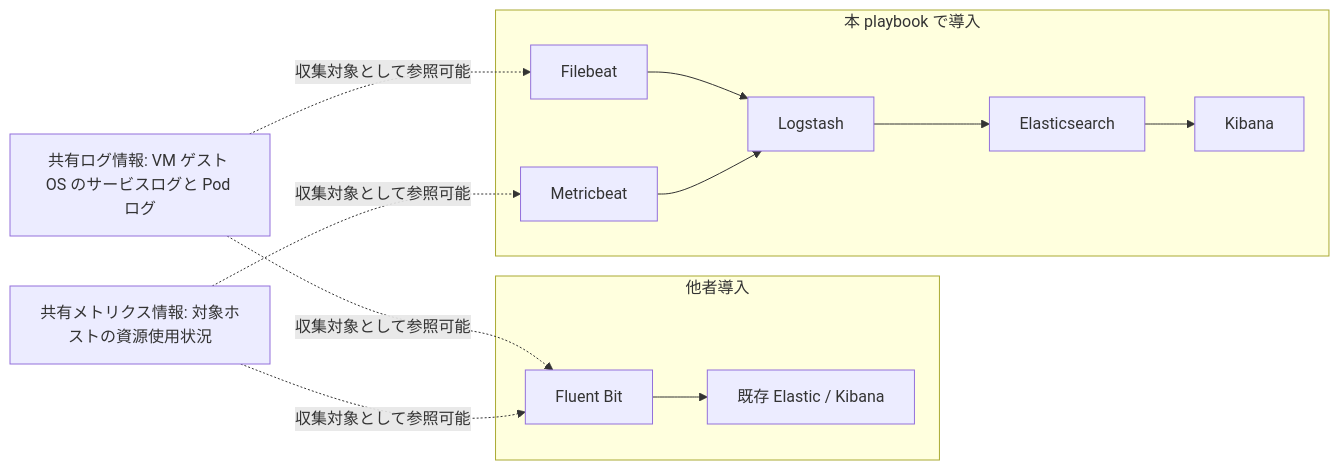
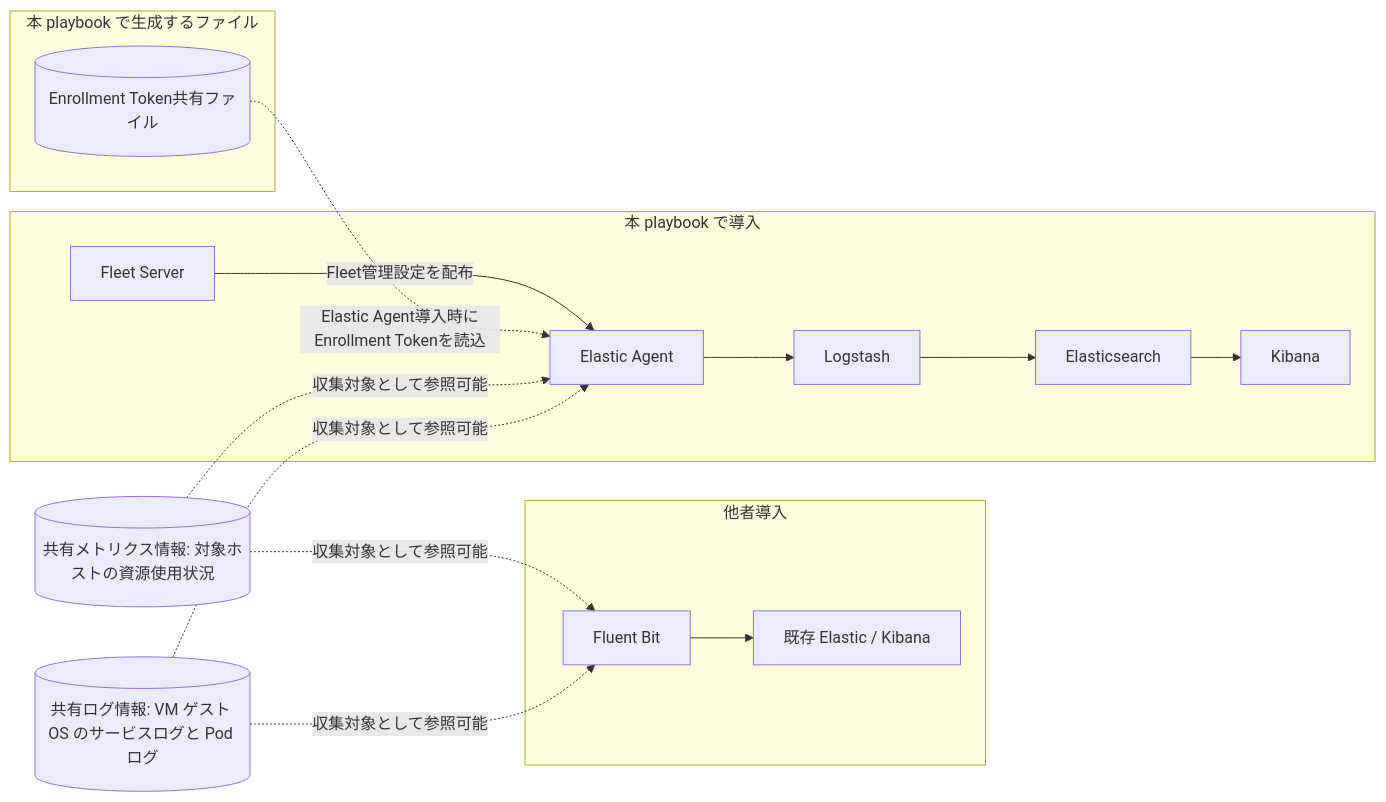
The first of 2 diagrams in roles/elasticsearch/Readme.md (takeharukato/ansible-linux-setup), drawn with Mermaid before and after one commit. The commit also changed other lines of this file and 222 other files, not shown here.

Commit message:
修正概要: Elastic Stack関連ロールの構成を, elasticsearch, fleet-server, kibana, logstash, fleet-bootstrap, docker-network-elastic-stack, elastic-agentロールから構成するよう修正。

````diff
--- a/roles/elasticsearch/Readme.md
+++ b/roles/elasticsearch/Readme.md
@@ -169,28 +201,33 @@
 ```mermaid
 flowchart LR
-  LOG_SRC[共有ログ情報: VM ゲスト OS のサービスログと Pod ログ]
-  METRIC_SRC[共有メトリクス情報: 対象ホストの資源使用状況]
+  LOG_SRC[(共有ログ情報: VM ゲスト OS のサービスログと Pod ログ)]
+  METRIC_SRC[(共有メトリクス情報: 対象ホストの資源使用状況)]
 
   subgraph other[他者導入]
     FBIT[Fluent Bit]
     EOLD[既存 Elastic / Kibana]
   end
 
   subgraph this[本 playbook で導入]
     ES[Elasticsearch]
     KB[Kibana]
     LS[Logstash]
-    FB[Filebeat]
-    MB[Metricbeat]
+    FS[Fleet Server]
+    COL[Elastic Agent]
   end
 
-  LOG_SRC -. 収集対象として参照可能 .-> FB
+  subgraph files[本 playbook で生成するファイル]
+    TOKEN_FILE[(Enrollment Token共有ファイル)]
+  end
+
+  LOG_SRC -. 収集対象として参照可能 .-> COL
   LOG_SRC -. 収集対象として参照可能 .-> FBIT
   METRIC_SRC -. 収集対象として参照可能 .-> FBIT
-  METRIC_SRC -. 収集対象として参照可能 .-> MB
-  FB --> LS
-  MB --> LS
+  METRIC_SRC -. 収集対象として参照可能 .-> COL
+  TOKEN_FILE -. Elastic Agent導入時にEnrollment Tokenを読込 .-> COL
+  FS -->|Fleet管理設定を配布| COL
+  COL --> LS
   LS --> ES
   ES --> KB
   FBIT --> EOLD
 ```
````
